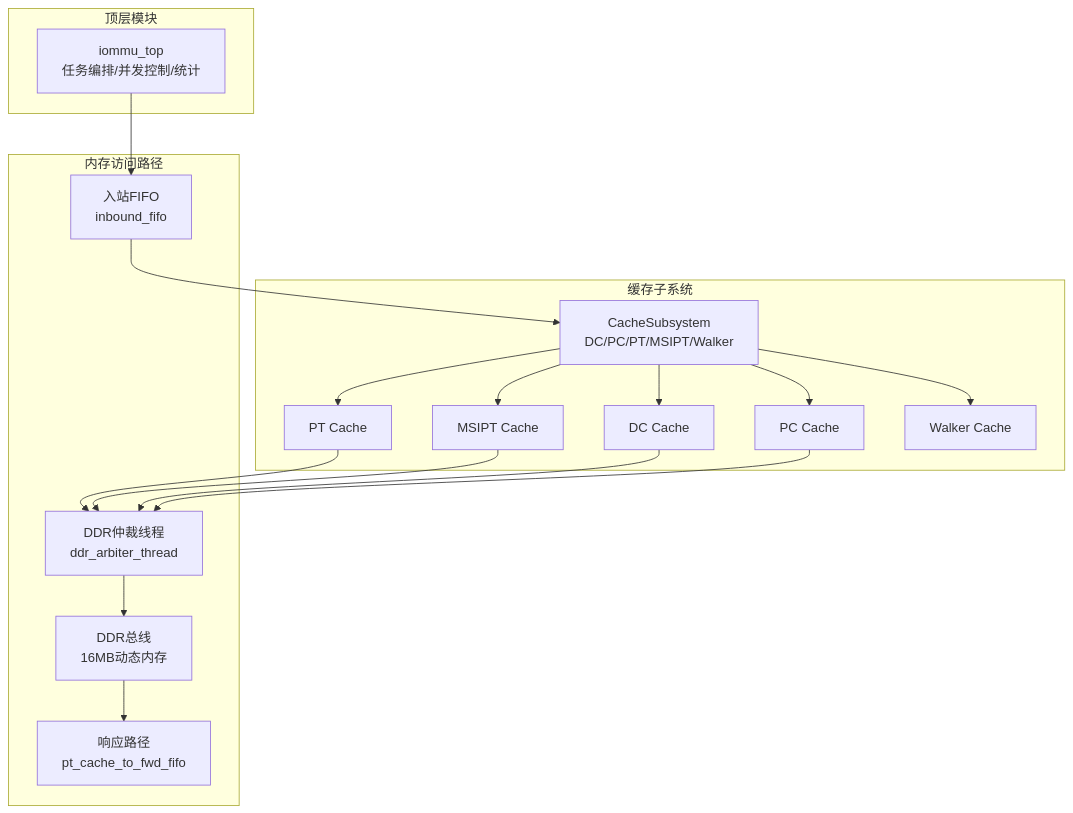
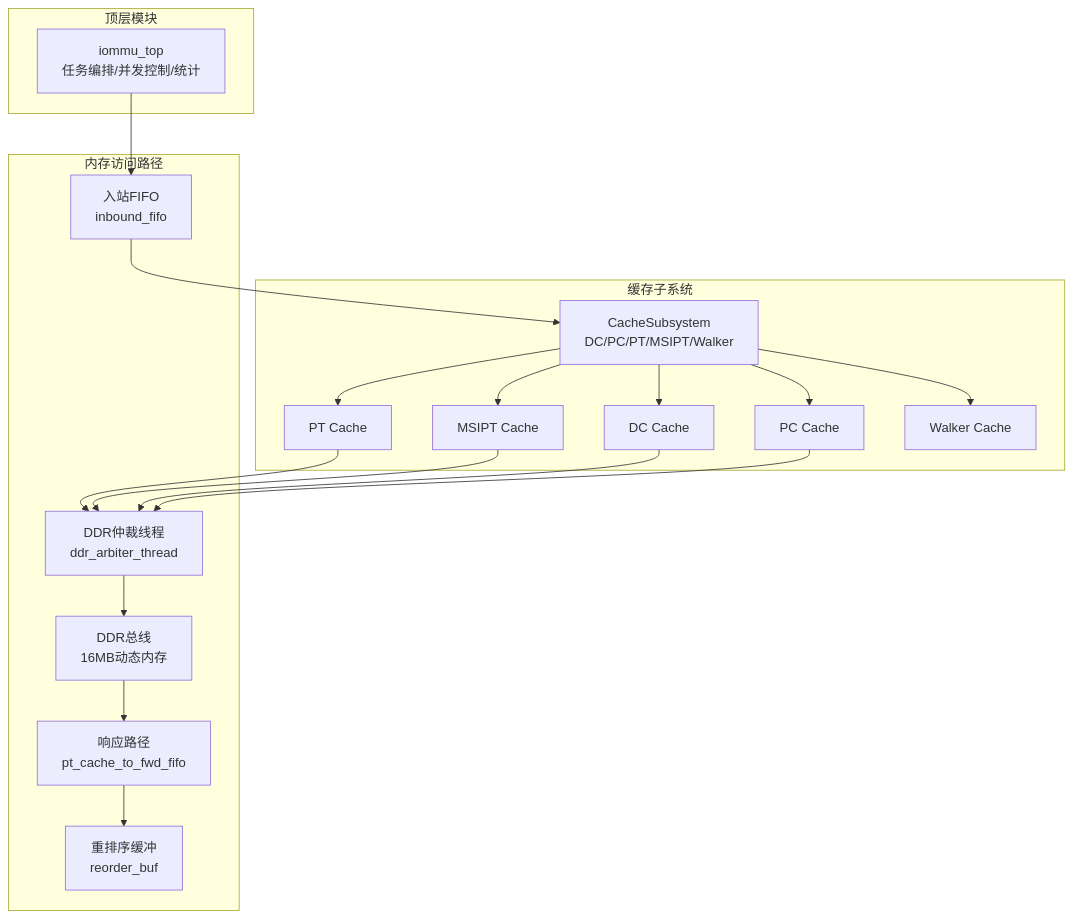
One commit to jiangjiang1122/iommu_model_20260401_v1 changed the first of 3 diagrams in .qoder/repowiki/zh/content/核心架构/内存管理.md. Above: the diagram before and after it, drawn with Mermaid. The commit also changed other lines of this file and 159 other files, not shown here.

Commit message:
chore: 更新知识库文档 + 新增PTW并发分析图表与数据文件

````diff
--- a/.qoder/repowiki/zh/content/核心架构/内存管理.md
+++ b/.qoder/repowiki/zh/content/核心架构/内存管理.md
@@ -48,33 +50,35 @@
 ```mermaid
 graph TB
 subgraph "顶层模块"
 TOP["iommu_top<br/>任务编排/并发控制/统计"]
 end
 subgraph "缓存子系统"
 SUB["CacheSubsystem<br/>DC/PC/PT/MSIPT/Walker"]
 DC["DC Cache"]
 PC["PC Cache"]
 PT["PT Cache"]
 MSI["MSIPT Cache"]
 WK["Walker Cache"]
 end
 subgraph "内存访问路径"
 INB["入站FIFO<br/>inbound_fifo"]
 ARB["DDR仲裁线程<br/>ddr_arbiter_thread"]
 DDR["DDR总线<br/>16MB动态内存"]
 RESP["响应路径<br/>pt_cache_to_fwd_fifo"]
+REORDER["重排序缓冲<br/>reorder_buf"]
 end
 TOP --> INB
 INB --> SUB
 SUB --> DC
 SUB --> PC
 SUB --> PT
 SUB --> MSI
 SUB --> WK
 PT --> ARB
 MSI --> ARB
 DC --> ARB
 PC --> ARB
 ARB --> DDR
 DDR --> RESP
+RESP --> REORDER
 ```
````
